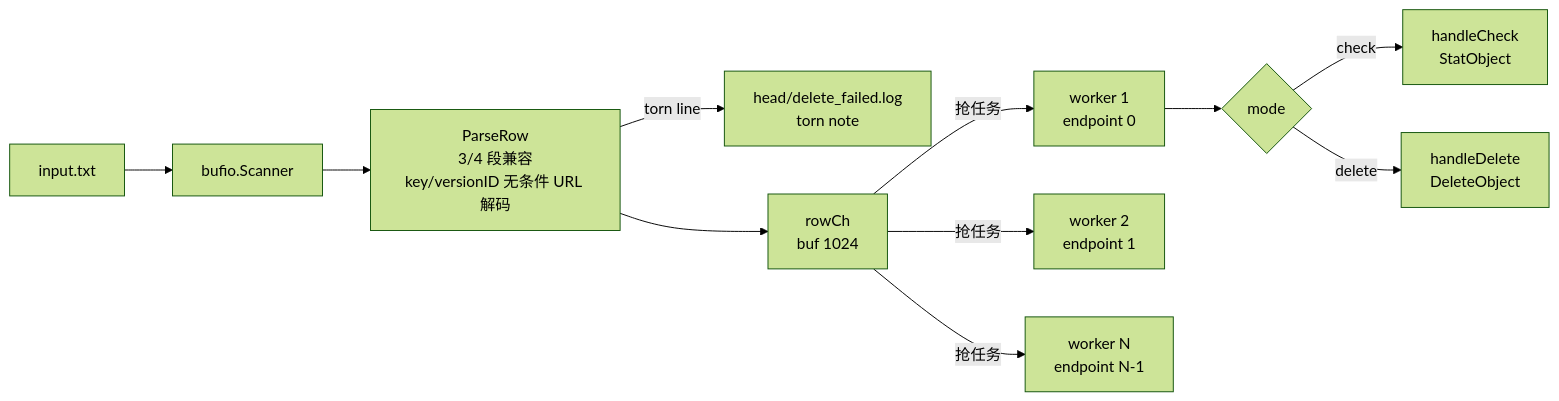
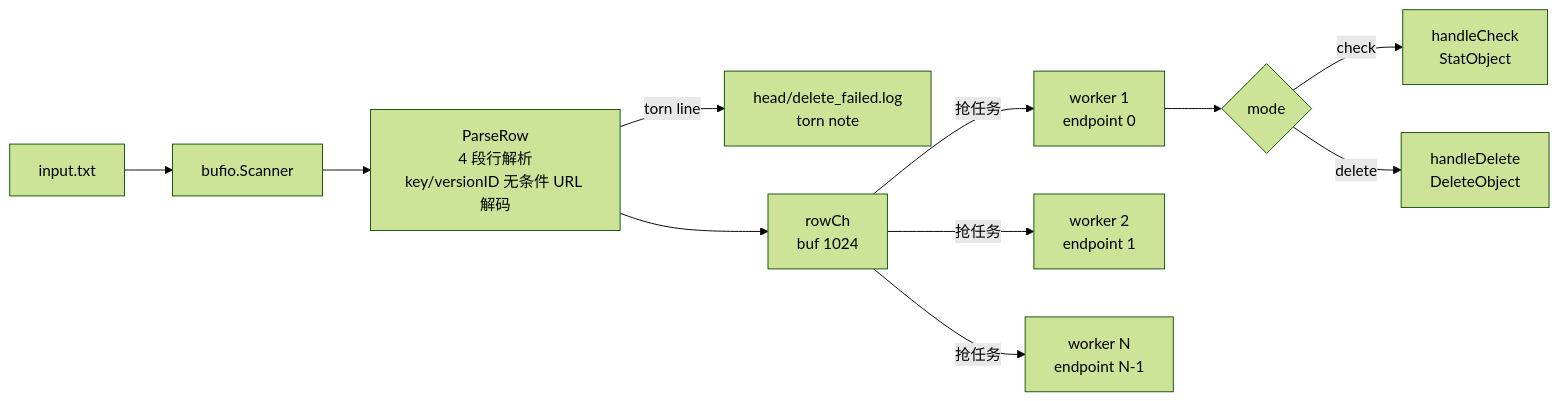
Before and after one commit to gengyuanzhe/chunked_check_tool: the second of 4 diagrams in delete_marker_cleanup_tool/AGENTS.md, drawn with Mermaid (forest theme). The commit also changed 8 other files, not shown here.

````diff
--- a/delete_marker_cleanup_tool/AGENTS.md
+++ b/delete_marker_cleanup_tool/AGENTS.md
@@ -55,13 +55,13 @@
 ```mermaid
 flowchart LR
     File[input.txt] --> Scan[bufio.Scanner]
-    Scan --> Parse[ParseRow<br/>3/4 段兼容<br/>key/versionID 无条件 URL 解码]
+    Scan --> Parse[ParseRow<br/>4 段行解析<br/>key/versionID 无条件 URL 解码]
     Parse -->|torn line| FailLog[head/delete_failed.log<br/>torn note]
     Parse --> RowCh["rowCh<br/>buf 1024"]
     RowCh -->|抢任务| W1["worker 1<br/>endpoint 0"]
     RowCh -->|抢任务| W2["worker 2<br/>endpoint 1"]
     RowCh -->|抢任务| WN["worker N<br/>endpoint N-1"]
     W1 --> Mode{mode}
     Mode -->|check| HC[handleCheck<br/>StatObject]
     Mode -->|delete| HD[handleDelete<br/>DeleteObject]
 ```
````
